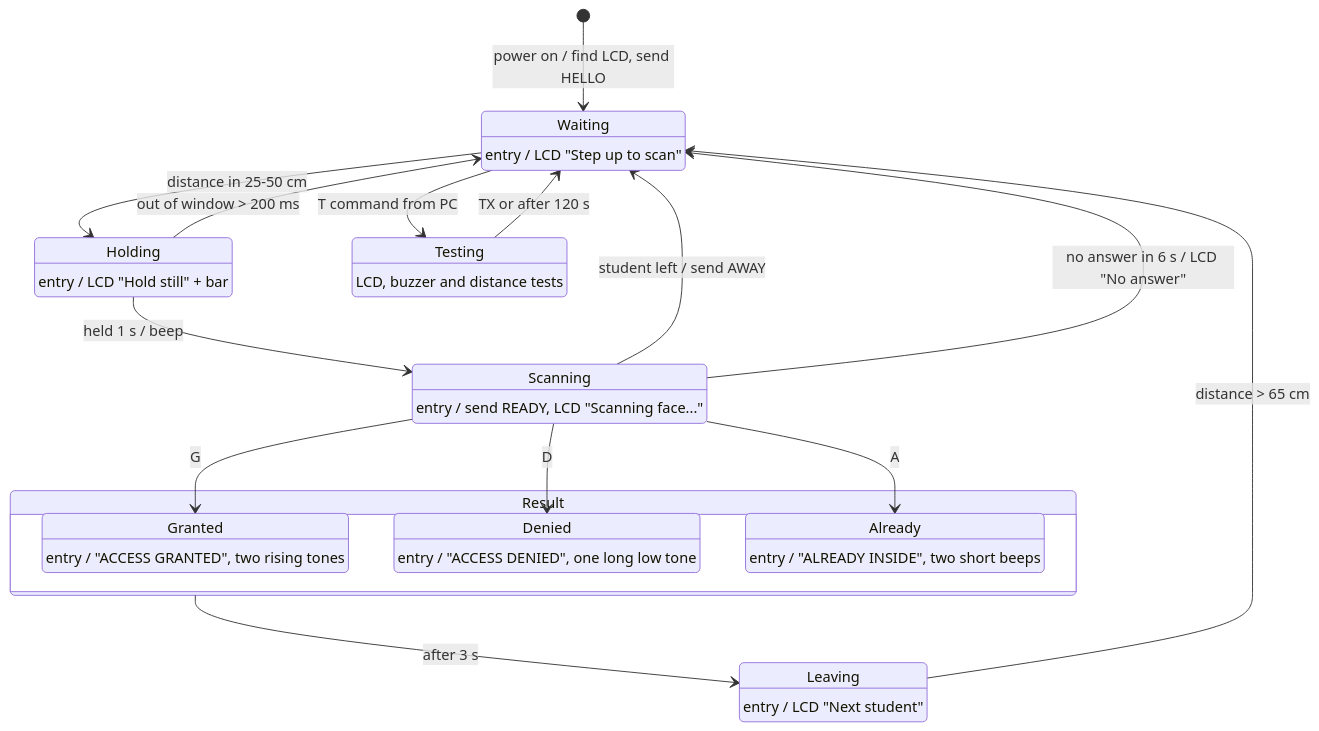
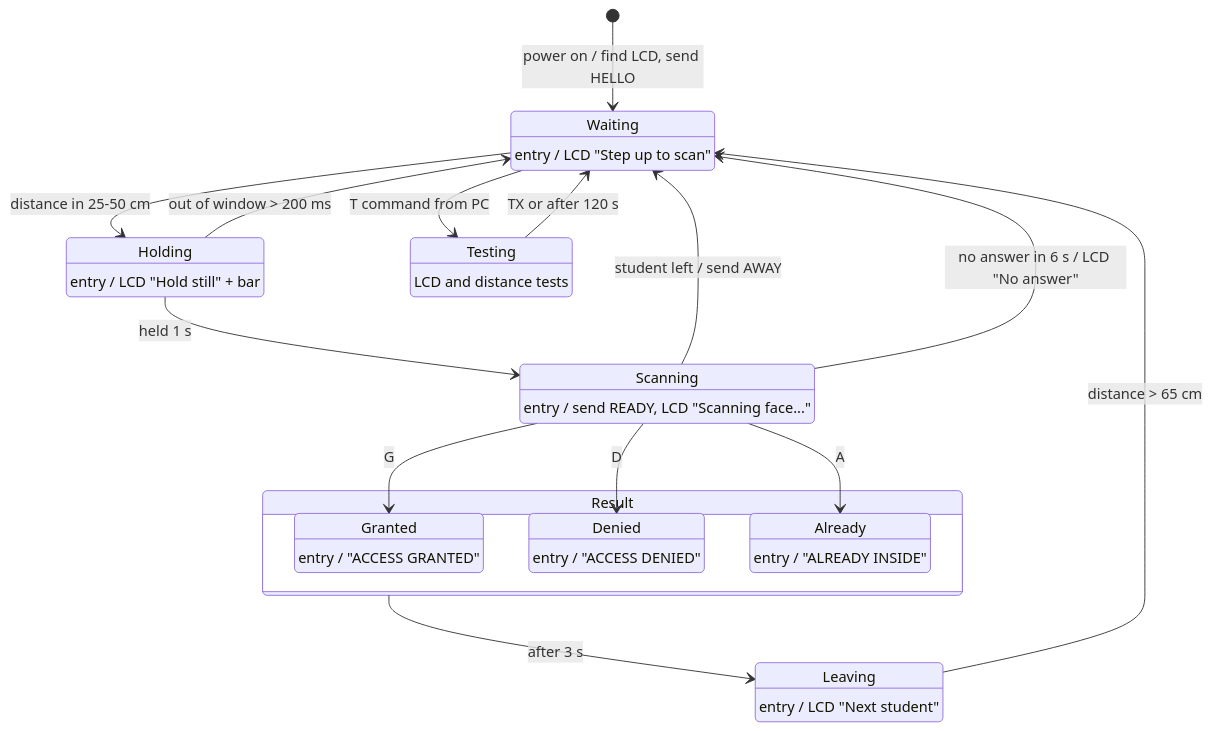
Before and after one commit to TebogoClifford/Smart_Registration_System: the diagram in docs_out/figures/mermaid/src/state_door.mmd, drawn with Mermaid. The commit also changed 11 other files, not shown here.

First line of the commit message:
Presentation: remove the buzzer; describe each diagram in points

```diff
--- a/docs_out/figures/mermaid/src/state_door.mmd
+++ b/docs_out/figures/mermaid/src/state_door.mmd
@@ -1,33 +1,33 @@
 stateDiagram-v2
     direction TB
     [*] --> Waiting : power on / find LCD, send HELLO
     Waiting : Waiting
     Waiting : entry / LCD "Step up to scan"
     Holding : Holding
     Holding : entry / LCD "Hold still" + bar
     Scanning : Scanning
     Scanning : entry / send READY, LCD "Scanning face..."
     Leaving : Leaving
     Leaving : entry / LCD "Next student"
     Testing : Testing
-    Testing : LCD, buzzer and distance tests
+    Testing : LCD and distance tests
     state Result {
         Granted : Granted
-        Granted : entry / "ACCESS GRANTED", two rising tones
+        Granted : entry / "ACCESS GRANTED"
         Denied : Denied
-        Denied : entry / "ACCESS DENIED", one long low tone
+        Denied : entry / "ACCESS DENIED"
         Already : Already
-        Already : entry / "ALREADY INSIDE", two short beeps
+        Already : entry / "ALREADY INSIDE"
     }
     Waiting --> Holding : distance in 25-50 cm
     Holding --> Waiting : out of window > 200 ms
-    Holding --> Scanning : held 1 s / beep
+    Holding --> Scanning : held 1 s
     Scanning --> Granted : G
     Scanning --> Denied : D
     Scanning --> Already : A
     Scanning --> Waiting : student left / send AWAY
     Scanning --> Waiting : no answer in 6 s / LCD "No answer"
     Result --> Leaving : after 3 s
     Leaving --> Waiting : distance > 65 cm
     Waiting --> Testing : T command from PC
     Testing --> Waiting : TX or after 120 s
```
